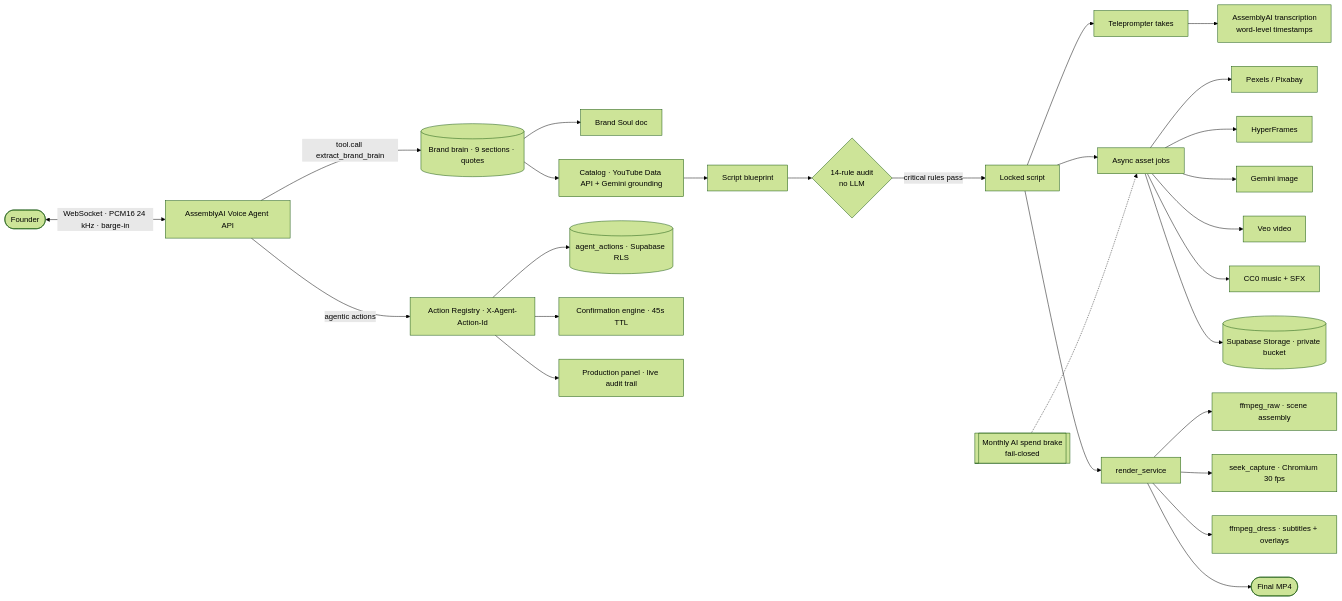
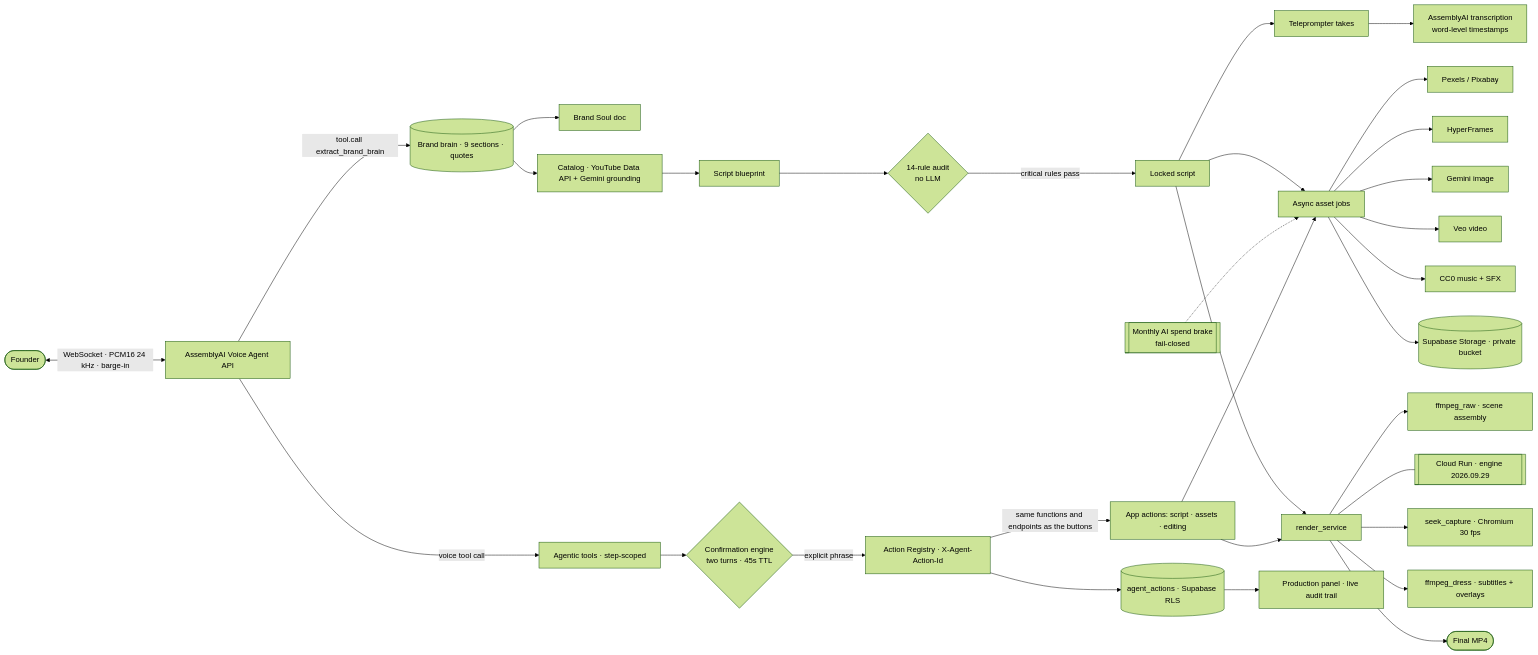
Before and after one commit to SingularityOS-AI/brand-studio-agent: the diagram in README.md, drawn with Mermaid (forest theme). The commit also changed other lines of this file and 11 other files, not shown here.

````diff
--- a/README.md
+++ b/README.md
@@ -86,28 +98,33 @@
 ```mermaid
 flowchart LR
     U([Founder]) <-->|WebSocket · PCM16 24 kHz · barge-in| VA[AssemblyAI Voice Agent API]
     VA -->|tool.call extract_brand_brain| BB[(Brand brain · 9 sections · quotes)]
     BB --> SOUL[Brand Soul doc]
     BB --> CAT[Catalog · YouTube Data API + Gemini grounding]
     CAT --> SCR[Script blueprint]
     SCR --> AUD{14-rule audit<br/>no LLM}
     AUD -->|critical rules pass| LOCK[Locked script]
     LOCK --> REC[Teleprompter takes] --> STT[AssemblyAI transcription<br/>word-level timestamps]
     LOCK --> JOBS[Async asset jobs]
     JOBS --> STK[Pexels / Pixabay]
     JOBS --> MG[HyperFrames]
     JOBS --> IMG[Gemini image]
     JOBS --> VEO[Veo video]
     JOBS --> MUS[CC0 music + SFX]
     GUARD[[Monthly AI spend brake<br/>fail-closed]] -.-> JOBS
     JOBS --> ST[(Supabase Storage · private bucket)]
     LOCK --> RS[render_service]
     RS --> RAW[ffmpeg_raw · scene assembly]
+    RS --- CR[[Cloud Run · engine 2026.09.29]]
     RS --> CAP[seek_capture · Chromium 30 fps]
     RS --> DRESS[ffmpeg_dress · subtitles + overlays]
     RS --> MP4([Final MP4])
-    VA -->|agentic actions| ACT[Action Registry · X-Agent-Action-Id]
+    VA -->|voice tool call| TOOLS[Agentic tools · step-scoped]
+    TOOLS --> CONF{Confirmation engine<br/>two turns · 45s TTL}
+    CONF -->|explicit phrase| ACT[Action Registry · X-Agent-Action-Id]
+    ACT -->|same functions and endpoints as the buttons| APP[App actions: script · assets · editing]
+    APP --> JOBS
+    APP --> RS
     ACT --> DB[(agent_actions · Supabase RLS)]
-    ACT --> CONF[Confirmation engine · 45s TTL]
-    ACT --> PP[Production panel · live audit trail]
+    DB --> PP[Production panel · live audit trail]
 ```
````
